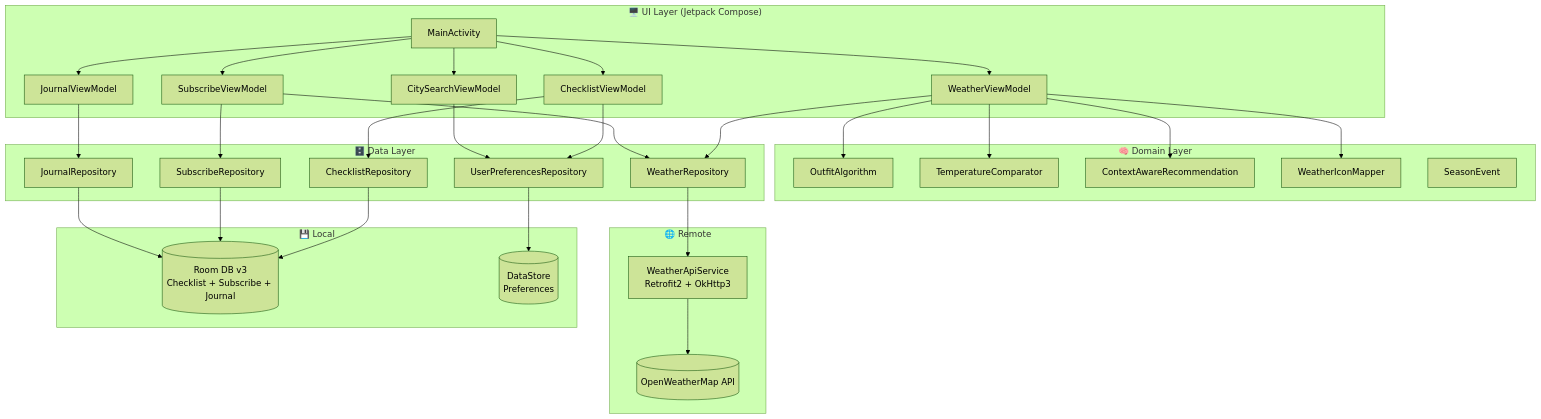
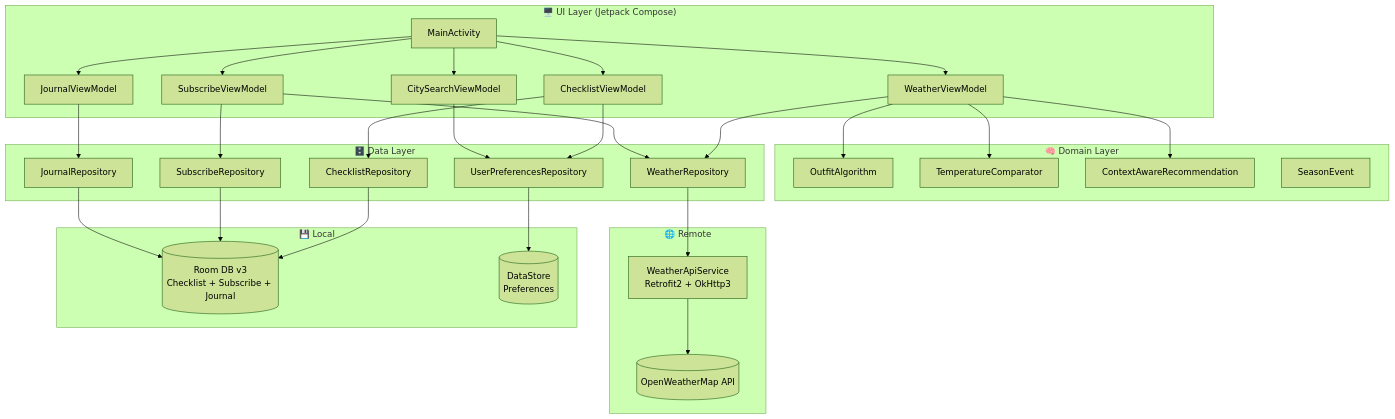
Before and after one commit to 2daKaizen-gun/skywear: the diagram in README.md, drawn with Mermaid (forest theme). The commit also changed 15 other files, not shown here.

First line of the commit message:
refactor: remove unused Lottie weather animation and WeatherIconMapper

````diff
--- a/README.md
+++ b/README.md
@@ -70,49 +70,48 @@
 ```mermaid
 graph TD
     subgraph UI["🖥️ UI Layer (Jetpack Compose)"]
         MA[MainActivity]
         WVM[WeatherViewModel]
         CVM[ChecklistViewModel]
         CSVM[CitySearchViewModel]
         SUBVM[SubscribeViewModel]
         JVM[JournalViewModel]
     end
 
     subgraph Domain["🧠 Domain Layer"]
         OA[OutfitAlgorithm]
         TC[TemperatureComparator]
         CA[ContextAwareRecommendation]
-        WIM[WeatherIconMapper]
         SE[SeasonEvent]
     end
 
     subgraph Data["🗄️ Data Layer"]
         WR[WeatherRepository]
         CR[ChecklistRepository]
         UPR[UserPreferencesRepository]
         SR[SubscribeRepository]
         JR[JournalRepository]
     end
 
     subgraph Remote["🌐 Remote"]
         API[WeatherApiService\nRetrofit2 + OkHttp3]
         OWM[(OpenWeatherMap API)]
     end
 
     subgraph Local["💾 Local"]
         ROOM[(Room DB v3\nChecklist + Subscribe + Journal)]
         DS[(DataStore\nPreferences)]
     end
 
     MA --> WVM & CVM & CSVM & SUBVM & JVM
-    WVM --> WR & OA & TC & CA & WIM
+    WVM --> WR & OA & TC & CA
     SUBVM --> SR & WR
     JVM --> JR
     CVM --> CR & UPR
     CSVM --> UPR
     WR --> API --> OWM
     CR --> ROOM
     SR --> ROOM
     JR --> ROOM
     UPR --> DS
 ```
````
